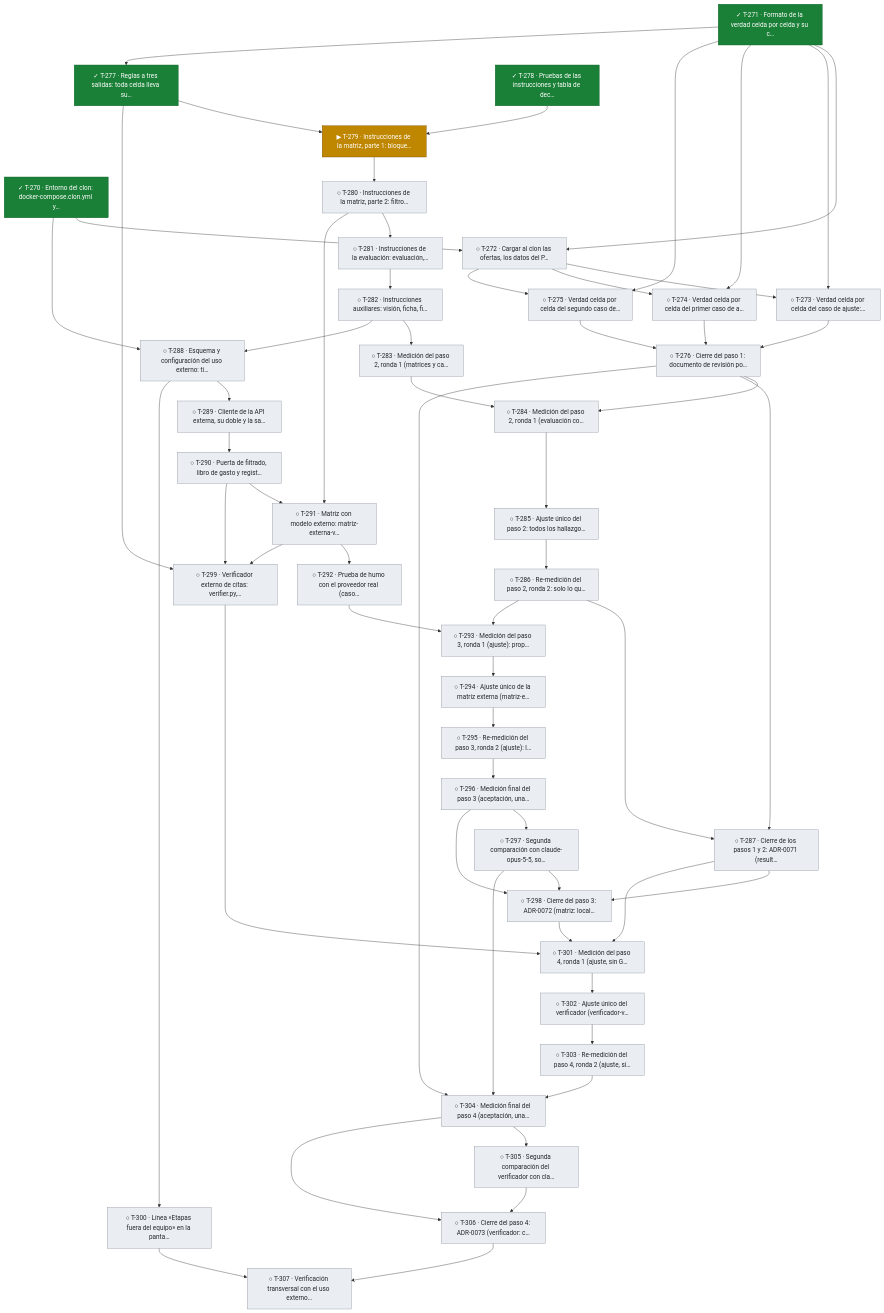
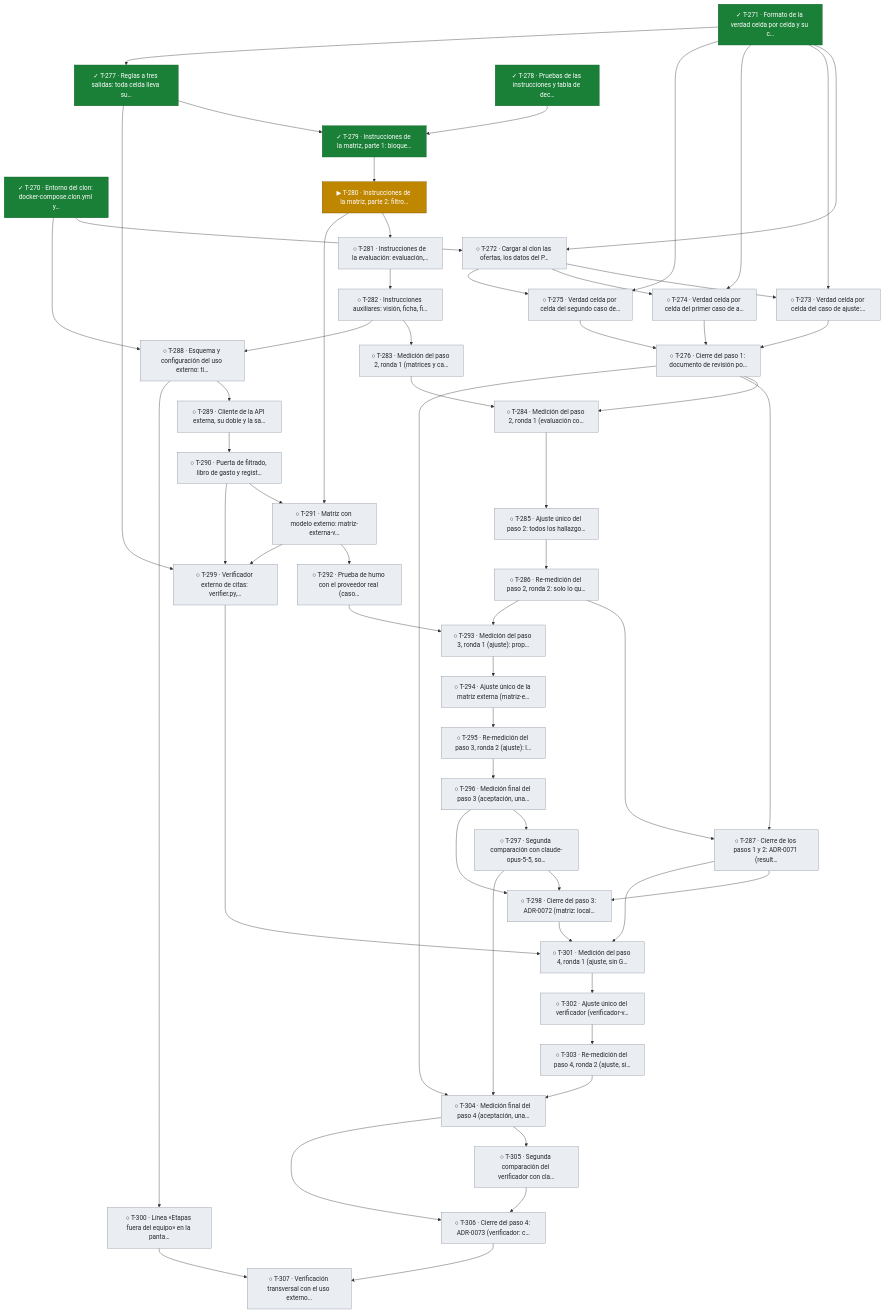
Diagram 21 of 21 in docs/tablero.md (snavello/EVALUON), drawn with Mermaid before and after one commit. The commit also changed other lines of this file and 1 other file, not shown here.

```diff
--- a/docs/tablero.md
+++ b/docs/tablero.md
@@ -1580,8 +1580,8 @@
   T276["○ T-276 · Cierre del paso 1: documento de revisión po…"]:::todo
   T277["✓ T-277 · Reglas a tres salidas: toda celda lleva su…"]:::done
   T278["✓ T-278 · Pruebas de las instrucciones y tabla de dec…"]:::done
-  T279["▶ T-279 · Instrucciones de la matriz, parte 1: bloque…"]:::active
-  T280["○ T-280 · Instrucciones de la matriz, parte 2: filtro…"]:::todo
+  T279["✓ T-279 · Instrucciones de la matriz, parte 1: bloque…"]:::done
+  T280["▶ T-280 · Instrucciones de la matriz, parte 2: filtro…"]:::active
   T281["○ T-281 · Instrucciones de la evaluación: evaluación,…"]:::todo
   T282["○ T-282 · Instrucciones auxiliares: visión, ficha, fi…"]:::todo
   T283["○ T-283 · Medición del paso 2, ronda 1 (matrices y ca…"]:::todo
```
